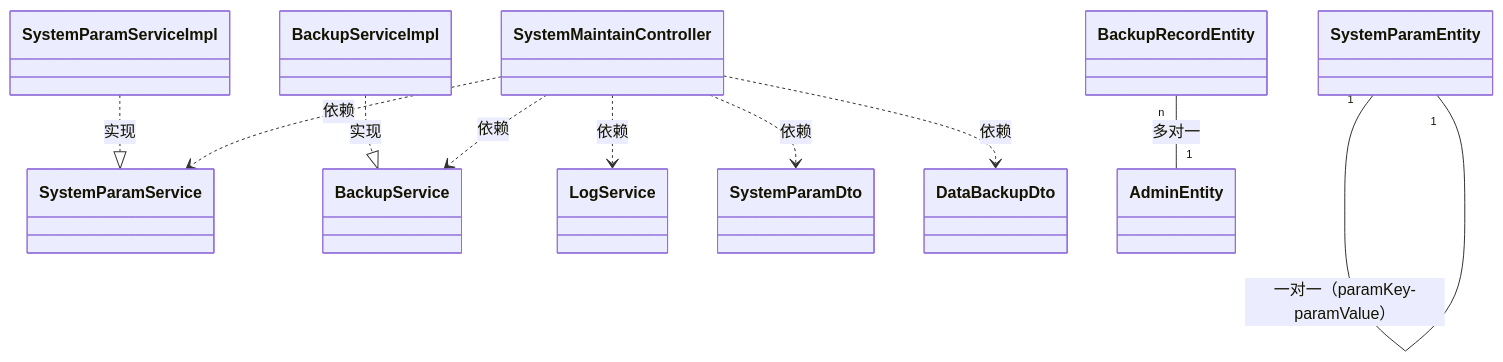
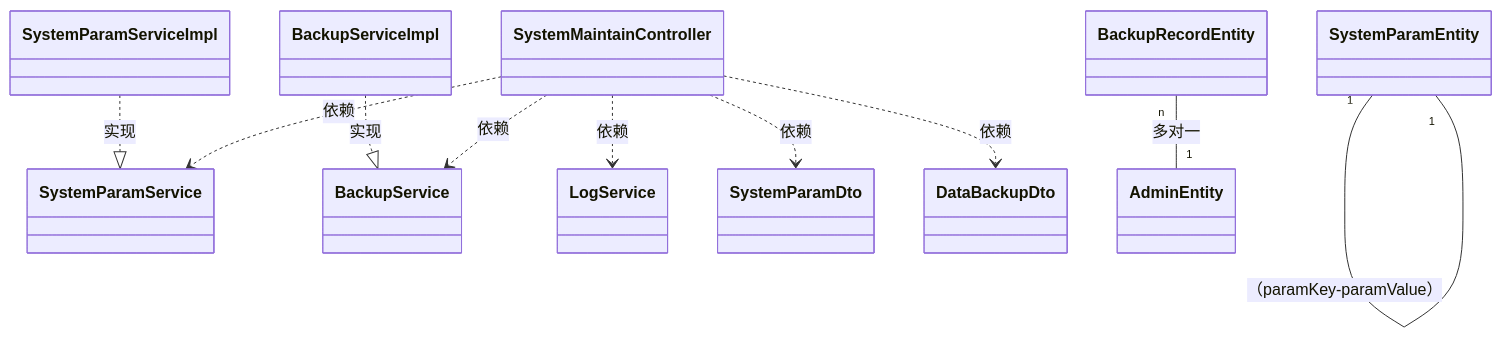
One commit to DEbalanceUX/iodraw-files changed the diagram in all/未命名-2.md. Above: the diagram before and after it, drawn with Mermaid.

Commit message:
2025-12-11 14:57:39 update

````diff
--- a/all/未命名-2.md
+++ b/all/未命名-2.md
@@ -1,15 +1,15 @@
 ```mermaid
 classDiagram
     %% 关系定义
     SystemParamServiceImpl ..|> SystemParamService : 实现
     BackupServiceImpl ..|> BackupService : 实现
     SystemMaintainController ..> SystemParamService : 依赖
     SystemMaintainController ..> BackupService : 依赖
     SystemMaintainController ..> LogService : 依赖
     SystemMaintainController ..> SystemParamDto : 依赖
     SystemMaintainController ..> DataBackupDto : 依赖
-    SystemParamEntity "1" -- "1" SystemParamEntity : 一对一（paramKey-paramValue）
+    SystemParamEntity "1" -- "1" SystemParamEntity : （paramKey-paramValue）
     BackupRecordEntity "n" -- "1" AdminEntity : 多对一
 
    
 ```
````
